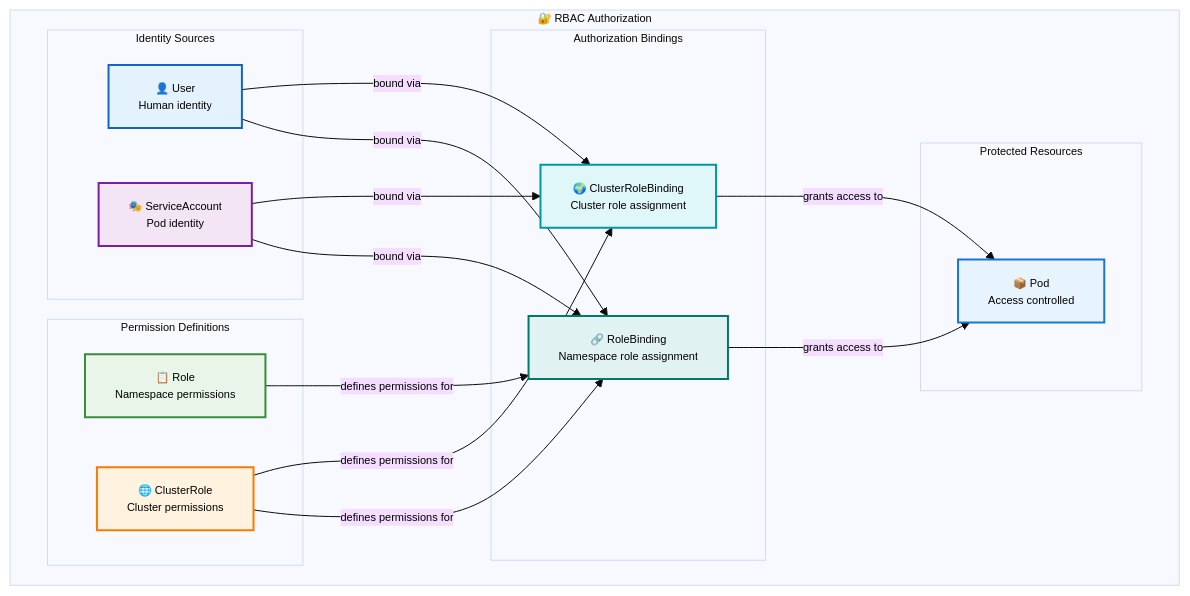
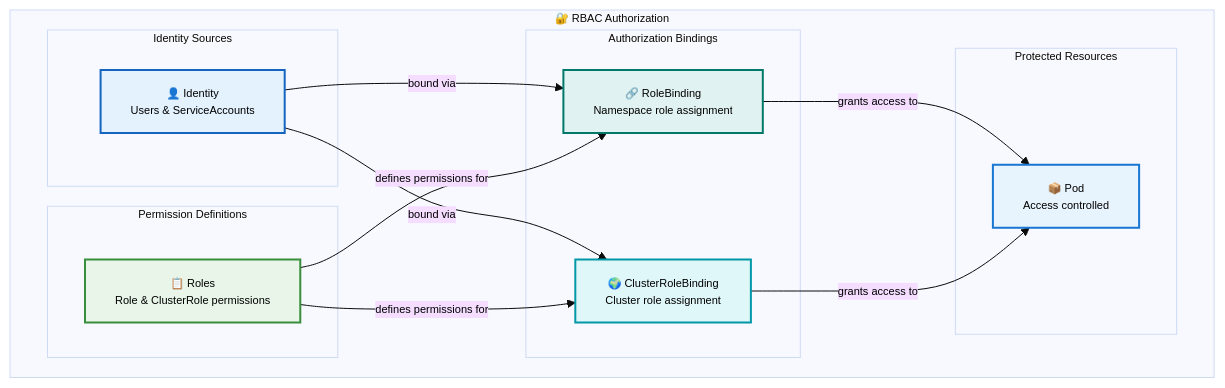
One commit to razkevich/system_design_course changed the eighth of 13 diagrams in 1.4_distributed_systems/kubernetes_resource_hierarchy_guide.md. Above: the diagram before and after it, drawn with Mermaid.

Commit message:
exactly once

````diff
--- a/1.4_distributed_systems/kubernetes_resource_hierarchy_guide.md
+++ b/1.4_distributed_systems/kubernetes_resource_hierarchy_guide.md
@@ -319,43 +319,36 @@
 ```mermaid
 %%{init: {'theme':'base', 'themeVariables': { 'primaryTextColor': '#000', 'fontSize': '11px'}}}%%
 flowchart TD
     subgraph "🔐 RBAC Authorization"
         
         subgraph "Identity Sources"
-            User["👤 User<br/>Human identity"]
-            ServiceAccount["🎭 ServiceAccount<br/>Pod identity"]
+            Identity["👤 Identity<br/>Users & ServiceAccounts"]
         end
         
         subgraph "Permission Definitions"
-            Role["📋 Role<br/>Namespace permissions"]
-            ClusterRole["🌐 ClusterRole<br/>Cluster permissions"]
+            RoleTypes["📋 Roles<br/>Role & ClusterRole permissions"]
         end
         
         subgraph "Authorization Bindings"
             RoleBinding["🔗 RoleBinding<br/>Namespace role assignment"]
             ClusterRoleBinding["🌍 ClusterRoleBinding<br/>Cluster role assignment"]
         end
         
         subgraph "Protected Resources"
             SecurityPod["📦 Pod<br/>Access controlled"]
         end
         
-        User -->|"bound via"| RoleBinding
-        User -->|"bound via"| ClusterRoleBinding
-        ServiceAccount -->|"bound via"| RoleBinding
-        ServiceAccount -->|"bound via"| ClusterRoleBinding
-        Role -->|"defines permissions for"| RoleBinding
-        ClusterRole -->|"defines permissions for"| RoleBinding
-        ClusterRole -->|"defines permissions for"| ClusterRoleBinding
+        Identity -->|"bound via"| RoleBinding
+        Identity -->|"bound via"| ClusterRoleBinding
+        RoleTypes -->|"defines permissions for"| RoleBinding
+        RoleTypes -->|"defines permissions for"| ClusterRoleBinding
         RoleBinding -->|"grants access to"| SecurityPod
         ClusterRoleBinding -->|"grants access to"| SecurityPod
     end
     
     style SecurityPod fill:#e8f4fd,stroke:#1976d2,stroke-width:2px,color:#000
-    style User fill:#e3f2fd,stroke:#1565c0,stroke-width:2px,color:#000
-    style ServiceAccount fill:#f3e5f5,stroke:#7b1fa2,stroke-width:2px,color:#000
-    style Role fill:#e8f5e8,stroke:#388e3c,stroke-width:2px,color:#000
-    style ClusterRole fill:#fff3e0,stroke:#f57c00,stroke-width:2px,color:#000
+    style Identity fill:#e3f2fd,stroke:#1565c0,stroke-width:2px,color:#000
+    style RoleTypes fill:#e8f5e8,stroke:#388e3c,stroke-width:2px,color:#000
     style RoleBinding fill:#e0f2f1,stroke:#00796b,stroke-width:2px,color:#000
     style ClusterRoleBinding fill:#e0f7fa,stroke:#0097a7,stroke-width:2px,color:#000
 ```
````
